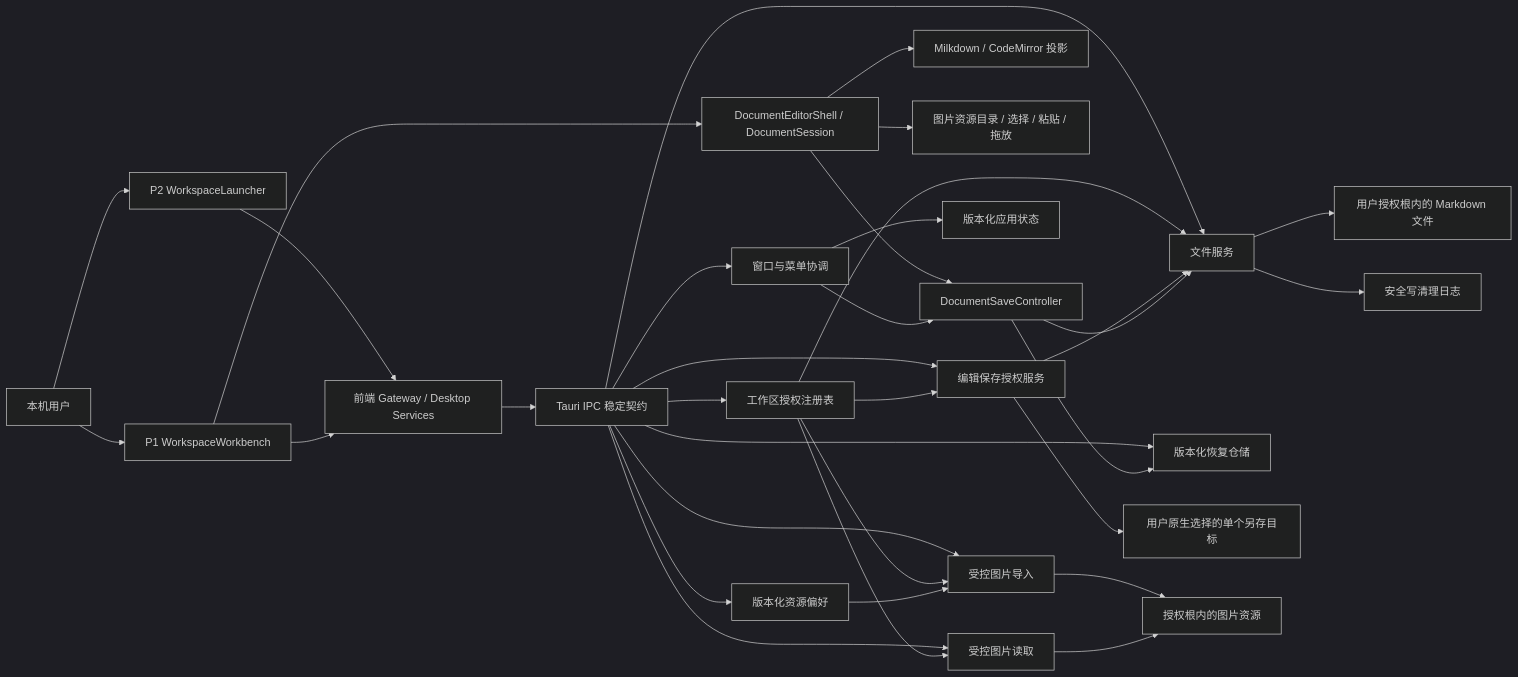
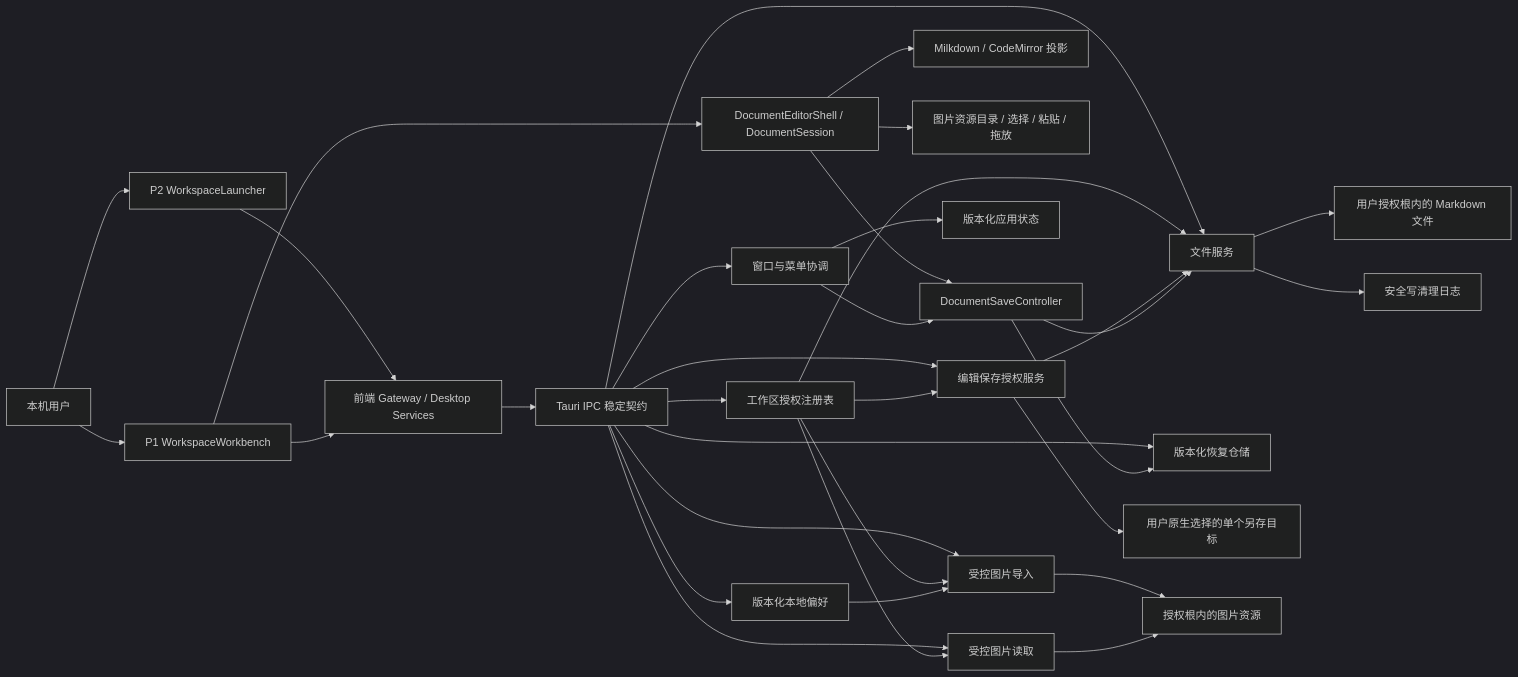
One commit to fulin-peng-ydxs/ai-markdown changed the diagram in agent-works/markdown-editor-desktop/architecture/desktop-foundation.md. Above: the diagram before and after it, drawn with Mermaid (dark theme). The commit also changed other lines of this file and 25 other files, not shown here.

````diff
--- a/agent-works/markdown-editor-desktop/architecture/desktop-foundation.md
+++ b/agent-works/markdown-editor-desktop/architecture/desktop-foundation.md
@@ -11,35 +11,35 @@
 ```mermaid
 flowchart LR
     U["本机用户"] --> P2["P2 WorkspaceLauncher"]
     U --> P1["P1 WorkspaceWorkbench"]
     P1 --> D["DocumentEditorShell / DocumentSession"]
     D --> SC["DocumentSaveController"]
     D --> V["Milkdown / CodeMirror 投影"]
     D --> UI["图片资源目录 / 选择 / 粘贴 / 拖放"]
     P2 --> G["前端 Gateway / Desktop Services"]
     P1 --> G
     G --> IPC["Tauri IPC 稳定契约"]
     IPC --> W["窗口与菜单协调"]
     IPC --> A["工作区授权注册表"]
     IPC --> F["文件服务"]
     IPC --> E["编辑保存授权服务"]
     W --> S["版本化应用状态"]
     IPC --> R["版本化恢复仓储"]
-    IPC --> P["版本化资源偏好"]
+    IPC --> P["版本化本地偏好"]
     IPC --> I["受控图片导入"]
     IPC --> IR["受控图片读取"]
     A --> F
     A --> E
     A --> I
     A --> IR
     E --> F
     SC --> F
     SC --> R
     W --> SC
     P --> I
     F --> M["用户授权根内的 Markdown 文件"]
     E --> C["用户原生选择的单个另存目标"]
     I --> B["授权根内的图片资源"]
     IR --> B
     F --> J["安全写清理日志"]
 ```
````
